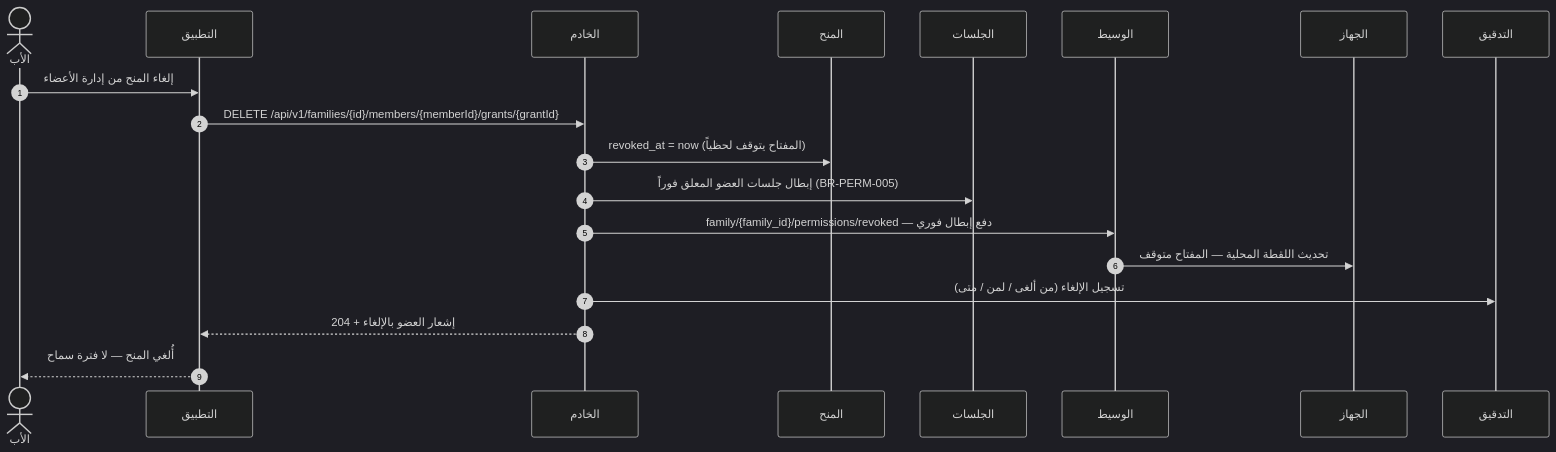
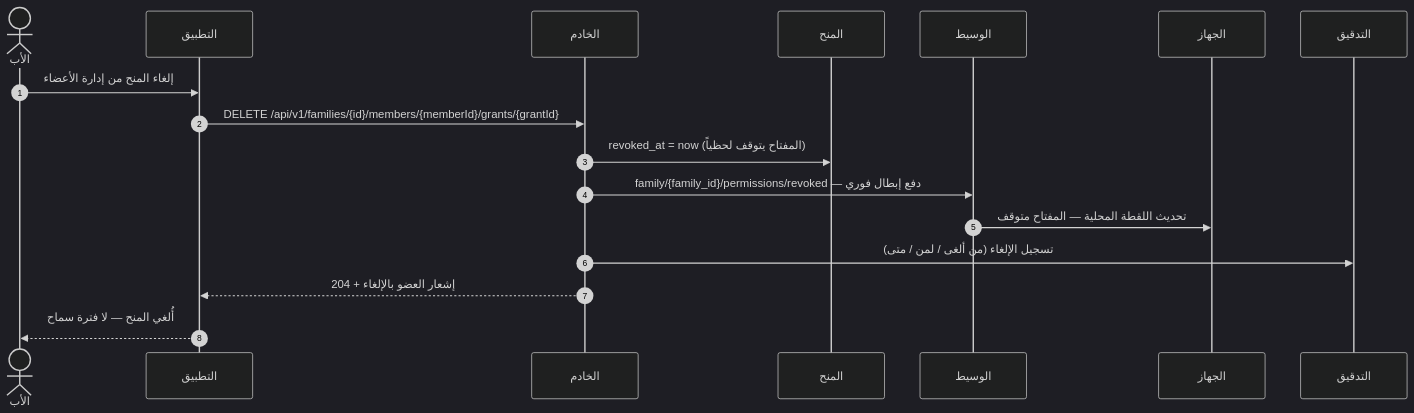
Before and after one commit to Bassam-mohammed-alqaeadi/family-os-v2: the sixth of 14 diagrams in docs/family-os/governance/phases/phase-1/S1-03-family-roles-and-permissions/DIAGRAMS.md, drawn with Mermaid (dark theme). The commit also changed other lines of this file and 3 other files, not shown here.

Commit message:
NEW-S103-08 (Q-257): نطاق الإبطال صريح في كل عملية — إلغاء إقران يبطل كل جلسات الجهاز؛ إبطال صريح لتلك الجلسة فقط؛ وإبطال كل جلساتي فعل منفصل ببوابة الأب؛ بلا تتالٍ صامت

````diff
--- a/docs/family-os/governance/phases/phase-1/S1-03-family-roles-and-permissions/DIAGRAMS.md
+++ b/docs/family-os/governance/phases/phase-1/S1-03-family-roles-and-permissions/DIAGRAMS.md
@@ -315,21 +315,19 @@
 ```mermaid
 sequenceDiagram
     autonumber
     actor Father as الأب
     participant App as التطبيق
     participant Ktor as الخادم
     participant Grants as المنح
-    participant S102 as الجلسات
     participant MQTT as الوسيط
     participant Device as الجهاز
     participant Audit as التدقيق
     Father->>App: إلغاء المنح من إدارة الأعضاء
     App->>Ktor: DELETE /api/v1/families/{id}/members/{memberId}/grants/{grantId}
     Ktor->>Grants: revoked_at = now (المفتاح يتوقف لحظياً)
-    Ktor->>S102: إبطال جلسات العضو المعلق فوراً (BR-PERM-005)
     Ktor->>MQTT: family/{family_id}/permissions/revoked — دفع إبطال فوري
     MQTT->>Device: تحديث اللقطة المحلية — المفتاح متوقف
     Ktor->>Audit: تسجيل الإلغاء (من ألغى / لمن / متى)
     Ktor-->>App: 204 + إشعار العضو بالإلغاء
     App-->>Father: أُلغي المنح — لا فترة سماح
 ```
````
